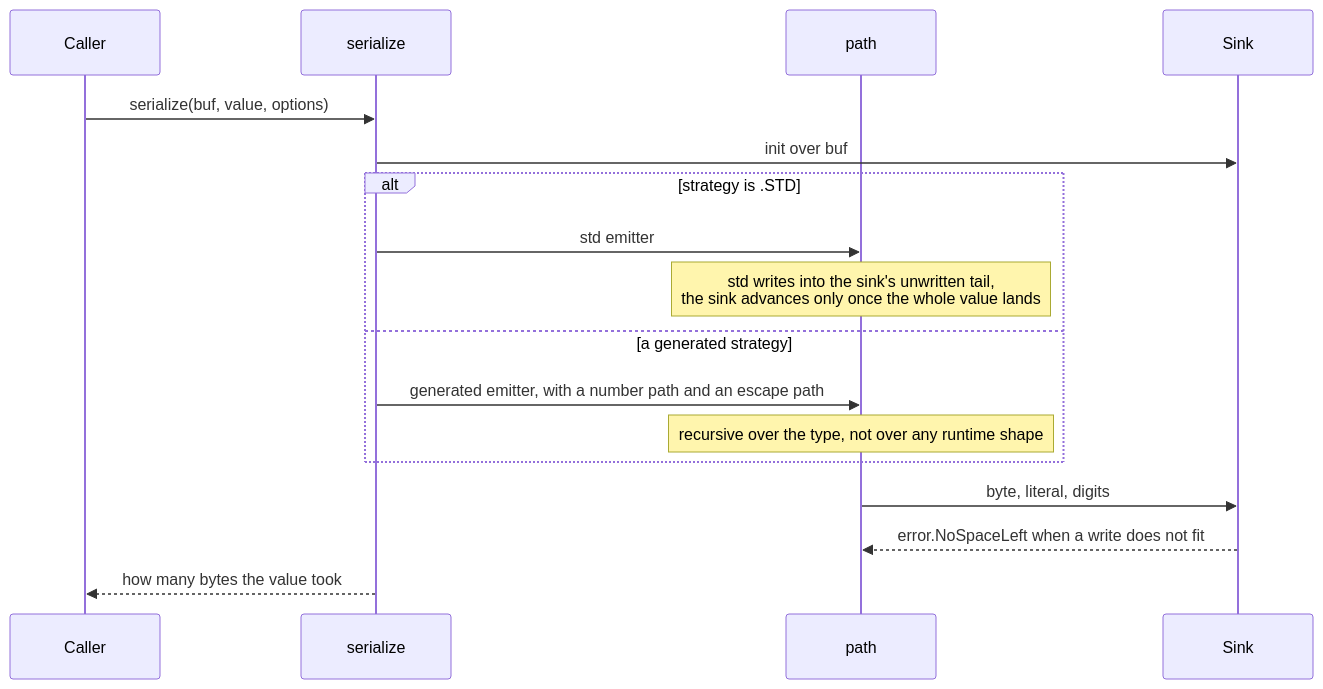
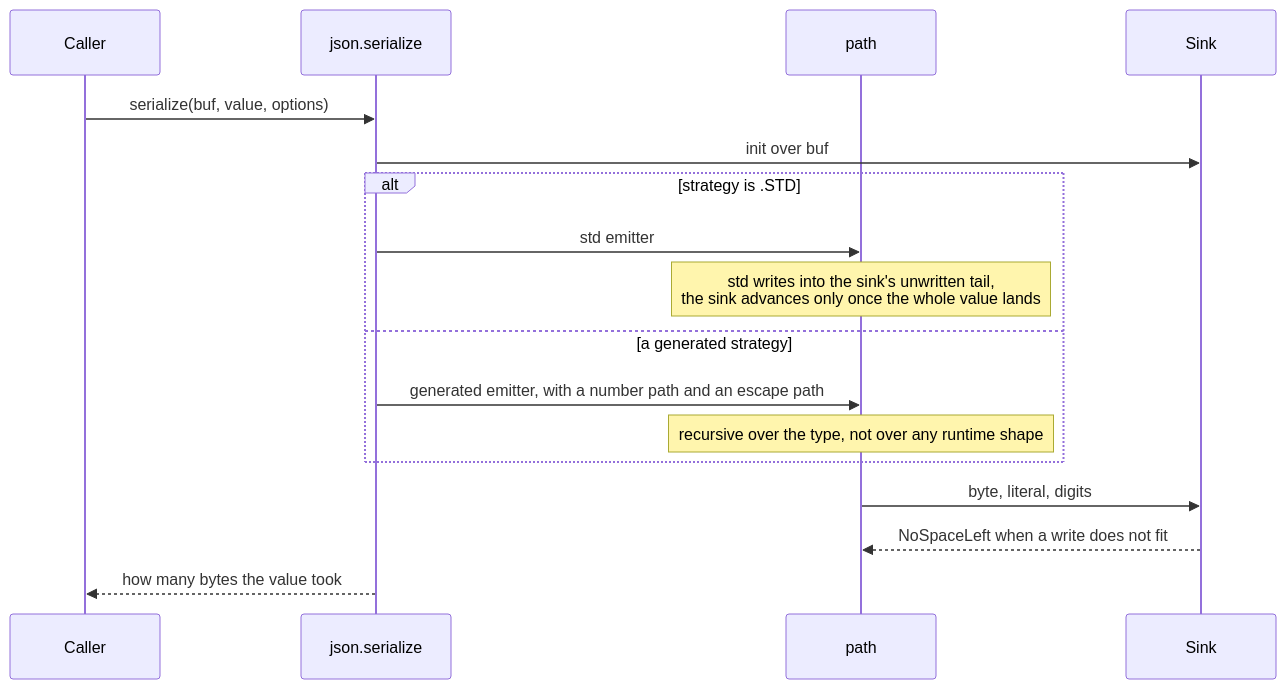
The second of 4 diagrams in src/jzon/docs/hld-en.md (prothegee/zix), drawn with Mermaid before and after one commit. The commit also changed other lines of this file, not shown here.

````diff
--- a/src/jzon/docs/hld-en.md
+++ b/src/jzon/docs/hld-en.md
@@ -83,19 +102,19 @@
 ```mermaid
 sequenceDiagram
     participant C as Caller
-    participant S as serialize
+    participant S as json.serialize
     participant P as path
     participant K as Sink
     C->>S: serialize(buf, value, options)
     S->>K: init over buf
     alt strategy is .STD
         S->>P: std emitter
         Note over P: std writes into the sink's unwritten tail,<br/>the sink advances only once the whole value lands
     else a generated strategy
         S->>P: generated emitter, with a number path and an escape path
         Note over P: recursive over the type, not over any runtime shape
     end
     P->>K: byte, literal, digits
-    K-->>P: error.NoSpaceLeft when a write does not fit
+    K-->>P: NoSpaceLeft when a write does not fit
     S-->>C: how many bytes the value took
 ```
````
